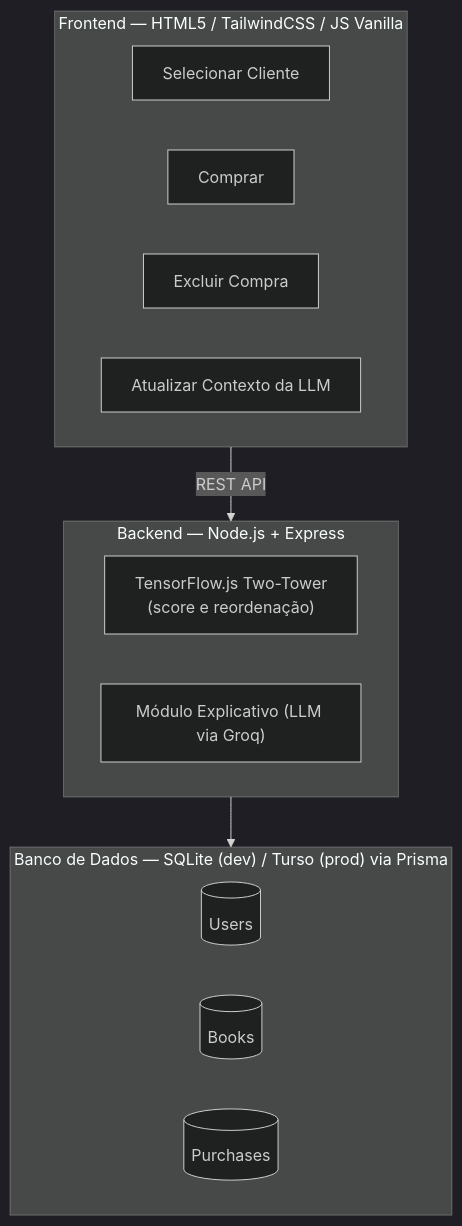
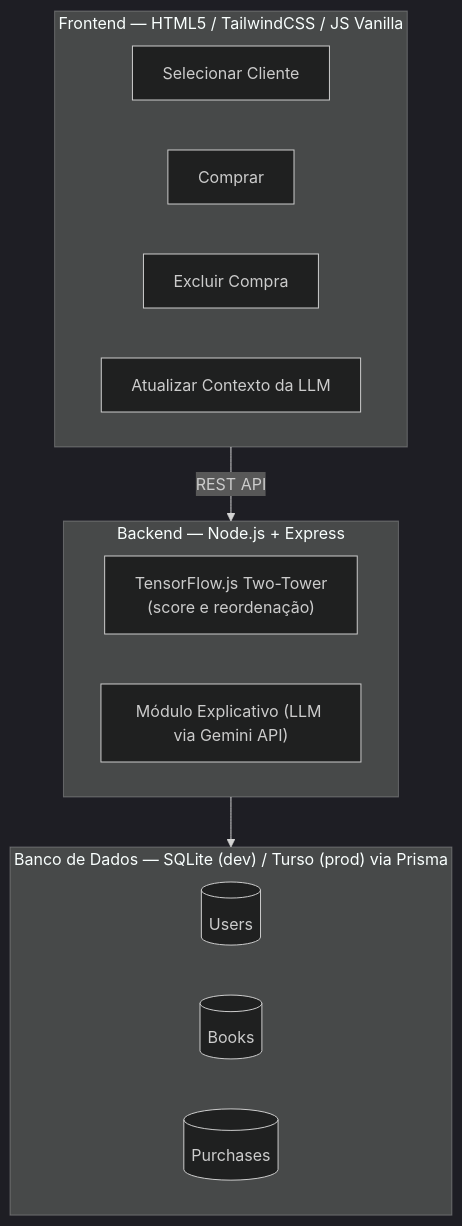
The first of 2 diagrams in README.md (Renatoandrade00/MarketPlace_do_Livro), drawn with Mermaid (dark theme) before and after one commit. The commit also changed other lines of this file and 8 other files, not shown here.

Commit message:
refactor: migra explicabilidade de Groq para Gemini API e atualiza documentacoes

````diff
--- a/README.md
+++ b/README.md
@@ -35,24 +35,24 @@
 ```mermaid
 flowchart TB
     subgraph FE["Frontend — HTML5 / TailwindCSS / JS Vanilla"]
         A["Selecionar Cliente"]
         B["Comprar"]
         C["Excluir Compra"]
         D["Atualizar Contexto da LLM"]
     end
 
     FE -->|REST API| BE
 
     subgraph BE["Backend — Node.js + Express"]
         TF["TensorFlow.js Two-Tower<br/>(score e reordenação)"]
-        LLM["Módulo Explicativo (LLM via Groq)"]
+        LLM["Módulo Explicativo (LLM via Gemini API)"]
     end
 
     BE --> DB
 
     subgraph DB["Banco de Dados — SQLite (dev) / Turso (prod) via Prisma"]
         Users[(Users)]
         Books[(Books)]
         Purchases[(Purchases)]
     end
 ```
````
